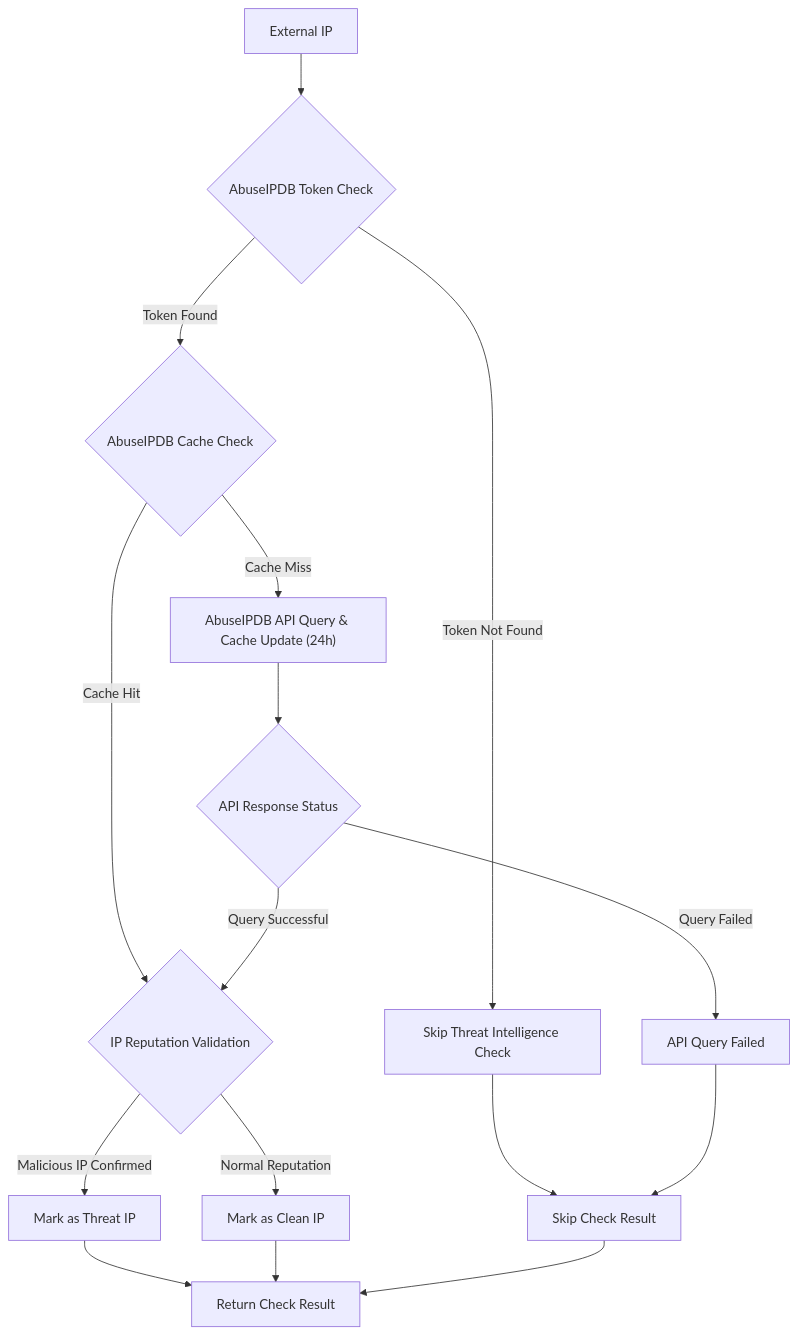
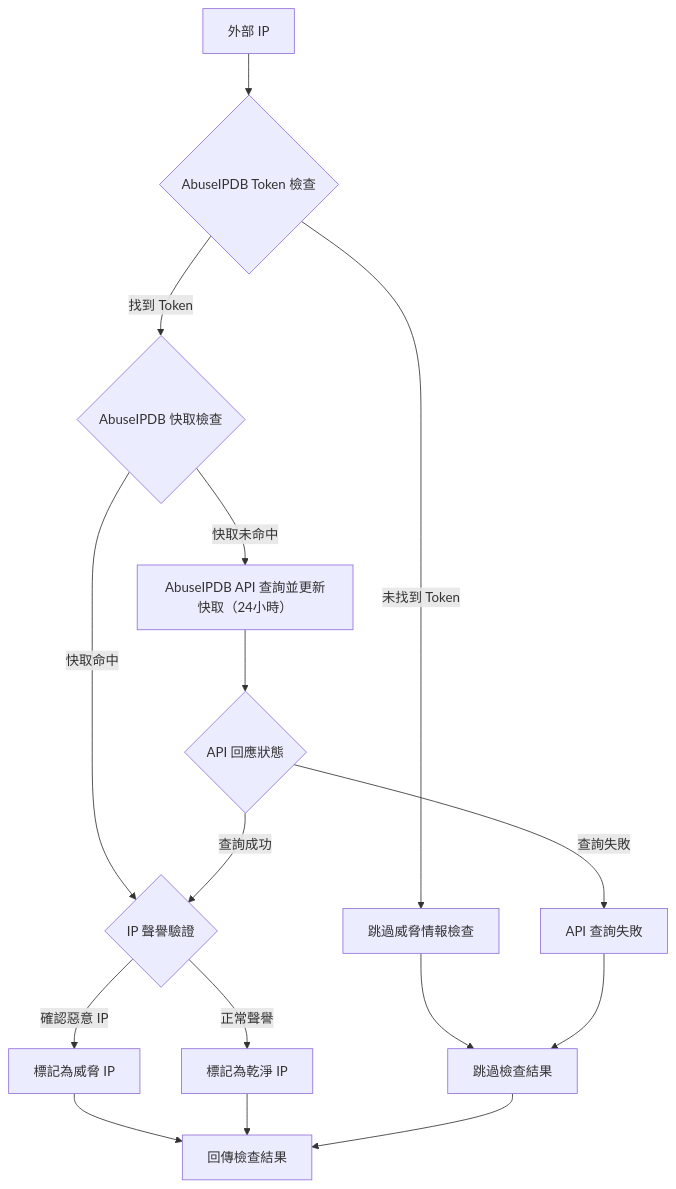
The third of 4 diagrams in README.md (pardnchiu/golang-ip-guardian), drawn with Mermaid before and after one commit. The commit also changed other lines of this file and 11 other files, not shown here.

````diff
--- a/README.md
+++ b/README.md
@@ -195,23 +241,23 @@
 ```mermaid
 flowchart TD
-  START["External IP"] --> TOKEN{"AbuseIPDB Token Check"}
+  START["外部 IP"] --> TOKEN{"AbuseIPDB Token 檢查"}
   
-  TOKEN -->|"Token Not Found"| NO_TOKEN["Skip Threat Intelligence Check"]
-  TOKEN -->|"Token Found"| CACHE{"AbuseIPDB Cache Check"}
+  TOKEN -->|"未找到 Token"| NO_TOKEN["跳過威脅情報檢查"]
+  TOKEN -->|"找到 Token"| CACHE{"AbuseIPDB 快取檢查"}
   
-  CACHE -->|"Cache Hit"| REPUTATION{"IP Reputation Validation"}
-  CACHE -->|"Cache Miss"| API_QUERY["AbuseIPDB API Query & Cache Update (24h)"]
+  CACHE -->|"快取命中"| REPUTATION{"IP 聲譽驗證"}
+  CACHE -->|"快取未命中"| API_QUERY["AbuseIPDB API 查詢並更新快取（24小時）"]
   
-  API_QUERY --> API_STATUS{"API Response Status"}
-  API_STATUS -->|"Query Failed"| API_FAIL["API Query Failed"]
-  API_STATUS -->|"Query Successful"| REPUTATION
+  API_QUERY --> API_STATUS{"API 回應狀態"}
+  API_STATUS -->|"查詢失敗"| API_FAIL["API 查詢失敗"]
+  API_STATUS -->|"查詢成功"| REPUTATION
   
-  REPUTATION -->|"Malicious IP Confirmed"| MALICIOUS["Mark as Threat IP"]
-  REPUTATION -->|"Normal Reputation"| CLEAN["Mark as Clean IP"]
+  REPUTATION -->|"確認惡意 IP"| MALICIOUS["標記為威脅 IP"]
+  REPUTATION -->|"正常聲譽"| CLEAN["標記為乾淨 IP"]
   
-  NO_TOKEN --> SKIP["Skip Check Result"]
+  NO_TOKEN --> SKIP["跳過檢查結果"]
   API_FAIL --> SKIP
-  MALICIOUS --> RESULT["Return Check Result"]
+  MALICIOUS --> RESULT["回傳檢查結果"]
   CLEAN --> RESULT
   SKIP --> RESULT
 ```
````
